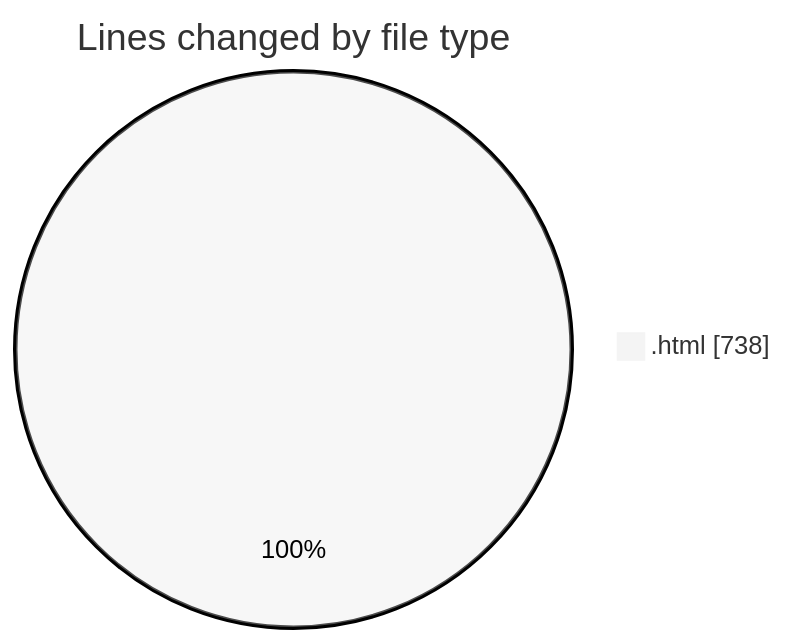
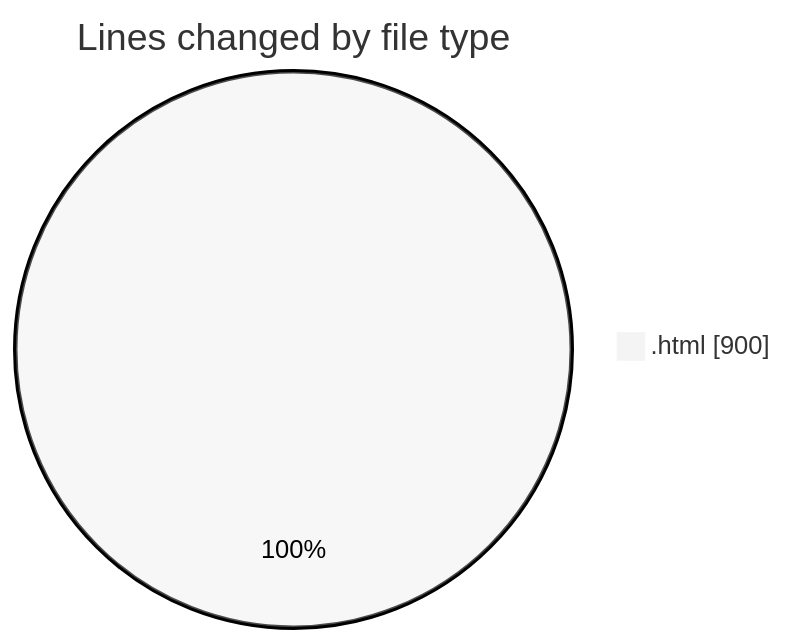
One commit to nxtqubesakshisongat/code-tracking changed the first of 2 diagrams in 2025-08-09/nxtqube_webapp/README.md. Above: the diagram before and after it, drawn with Mermaid (neutral theme). The commit also changed other lines of this file and 1 other file, not shown here.

````diff
--- a/2025-08-09/nxtqube_webapp/README.md
+++ b/2025-08-09/nxtqube_webapp/README.md
@@ -20,5 +20,5 @@
 ```mermaid
 pie showData
 title Lines changed by file type
-".html" : 738
+".html" : 900
 ```
````
